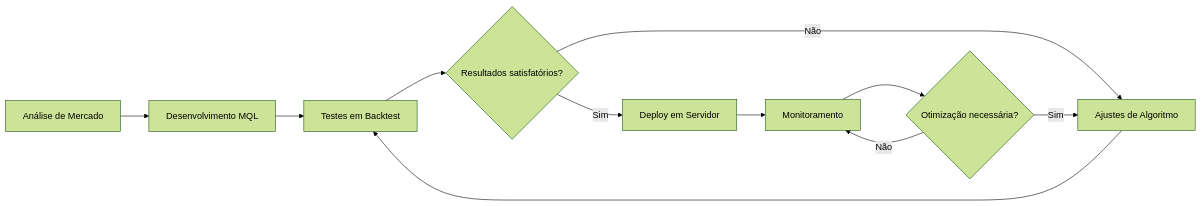
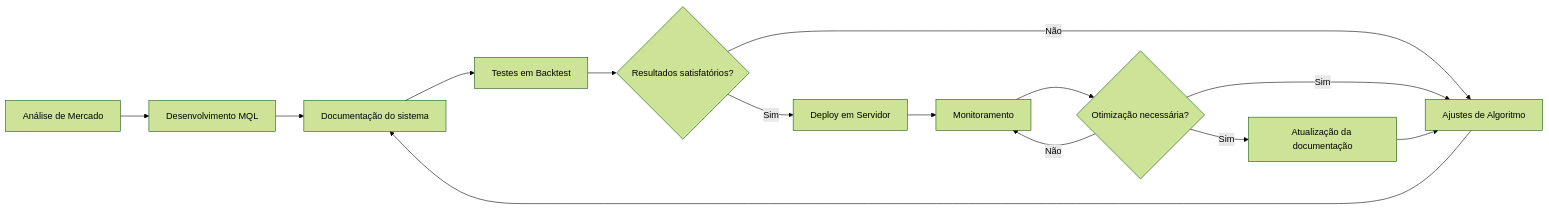
The fourth of 4 diagrams in README.md (AlesonPungirum/AlesonPungirum), drawn with Mermaid (forest theme) before and after one commit. The commit also changed other lines of this file, not shown here.

````diff
--- a/README.md
+++ b/README.md
@@ -182,13 +183,16 @@
 ```mermaid
 graph LR
     A[Análise de Mercado] --> B[Desenvolvimento MQL]
-    B --> C[Testes em Backtest]
-    C --> D{Resultados satisfatórios?}
-    D -->|Sim| E[Deploy em Servidor]
-    D -->|Não| F[Ajustes de Algoritmo]
-    F --> C
-    E --> G[Monitoramento]
-    G --> H{Otimização necessária?}
-    H -->|Sim| F
-    H -->|Não| G
+    B --> C[Documentação do sistema]
+    C --> D[Testes em Backtest]
+    D --> E{Resultados satisfatórios?}
+    E -->|Sim| F[Deploy em Servidor]
+    E -->|Não| G[Ajustes de Algoritmo]
+    G --> C
+    F --> H[Monitoramento]
+    H --> I{Otimização necessária?}
+    I -->|Sim| G
+    I -->|Não| H
+    I -->|Sim| J[Atualização da documentação]
+    J --> G
 ```
````
